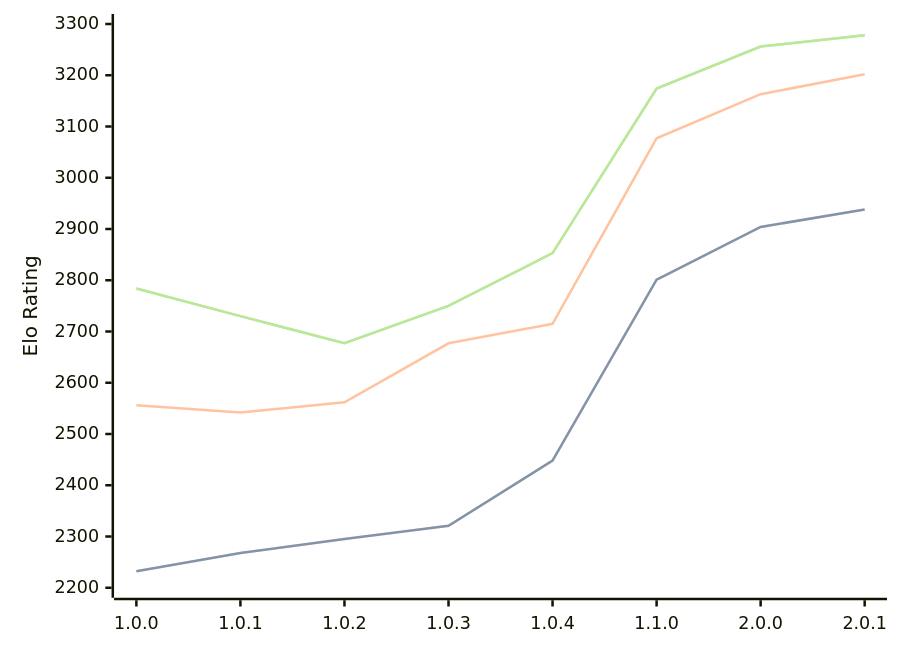
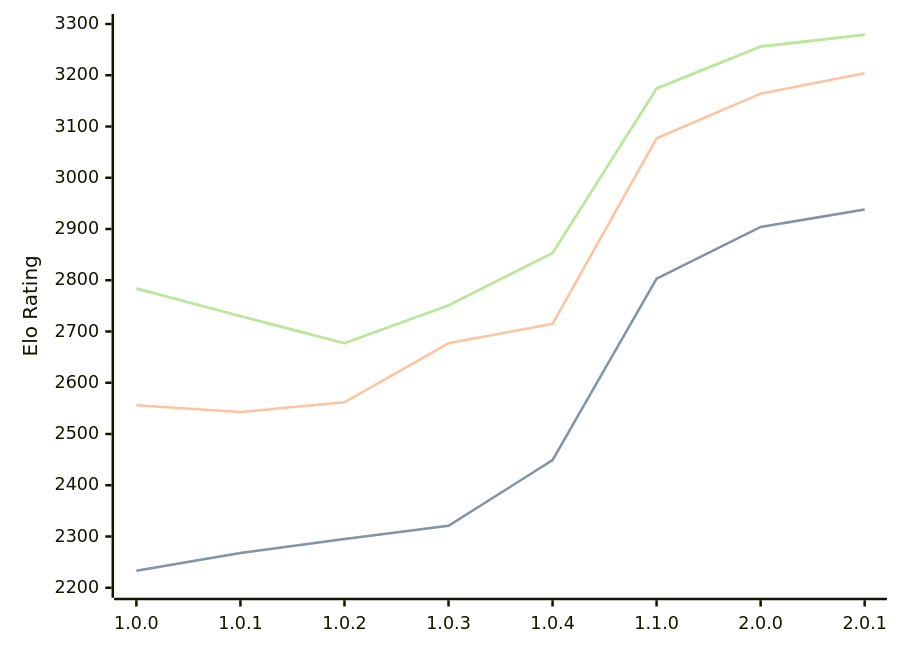
The diagram in engines/Grail.md (computer-chess-index/cci), drawn with Mermaid before and after one commit. The commit also changed other lines of this file, not shown here.

Commit message:
Update CCI Ratings (ELO VLTC) - 2026-08-23

````diff
--- a/engines/Grail.md
+++ b/engines/Grail.md
@@ -38,11 +38,11 @@
 ```mermaid
 %%{init: {"theme":"base","themeVariables":{"seriesColors:['#a3a3a3','#222221','#faa371']}}}%%
 xychart-beta
   x-axis ["1.0.0", "1.0.1", "1.0.2", "1.0.3", "1.0.4", "1.1.0", "2.0.0", "2.0.1"]
   y-axis "Elo Rating" 2200 --> 3300
-  line "STC (8.0+0.08s)" [2232, 2268, 2295, 2321, 2448, 2801, 2904, 2938]
-  line "STC (8.0+0.08s)" [2232, 2268, 2295, 2321, 2448, 2801, 2904, 2938]
-  line "LTC (60.0+0.60s)" [2556, 2542, 2562, 2677, 2715, 3077, 3163, 3202]
-  line "VLTC (2m24s+1.12s)" [2784, 2730, 2677, 2750, 2853, 3174, 3256, 3278]
-  line "VLTC (2m24s+1.12s)" [2784, 2730, 2677, 2750, 2853, 3174, 3256, 3278]
+  line "STC (8.0+0.08s)" [2233, 2268, 2295, 2321, 2449, 2803, 2904, 2938]
+  line "STC (8.0+0.08s)" [2233, 2268, 2295, 2321, 2449, 2803, 2904, 2938]
+  line "LTC (60.0+0.60s)" [2556, 2543, 2562, 2677, 2715, 3077, 3164, 3204]
+  line "VLTC (2m24s+1.12s)" [2784, 2730, 2677, 2751, 2853, 3174, 3256, 3279]
+  line "VLTC (2m24s+1.12s)" [2784, 2730, 2677, 2751, 2853, 3174, 3256, 3279]
 ```
````
